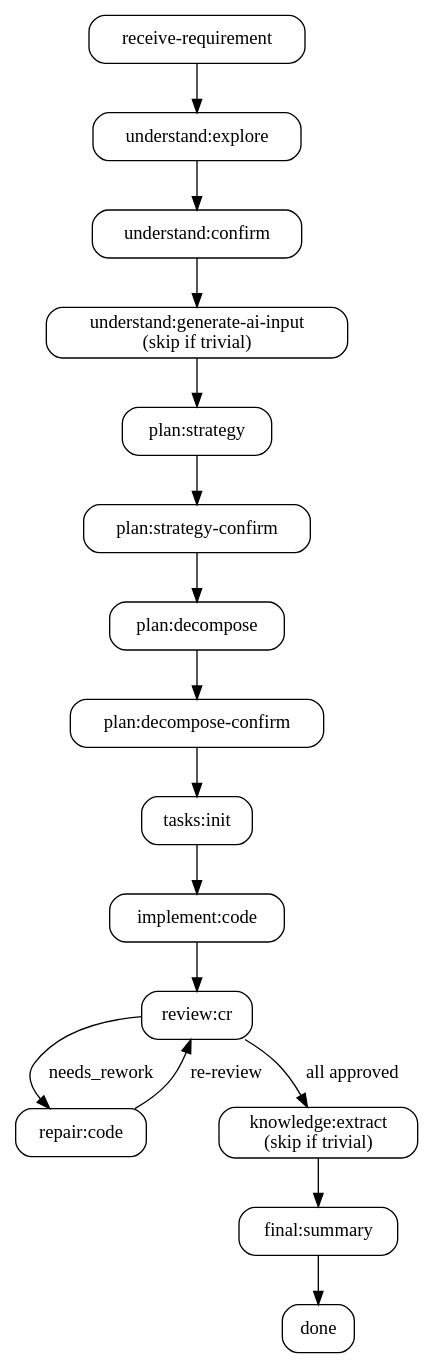
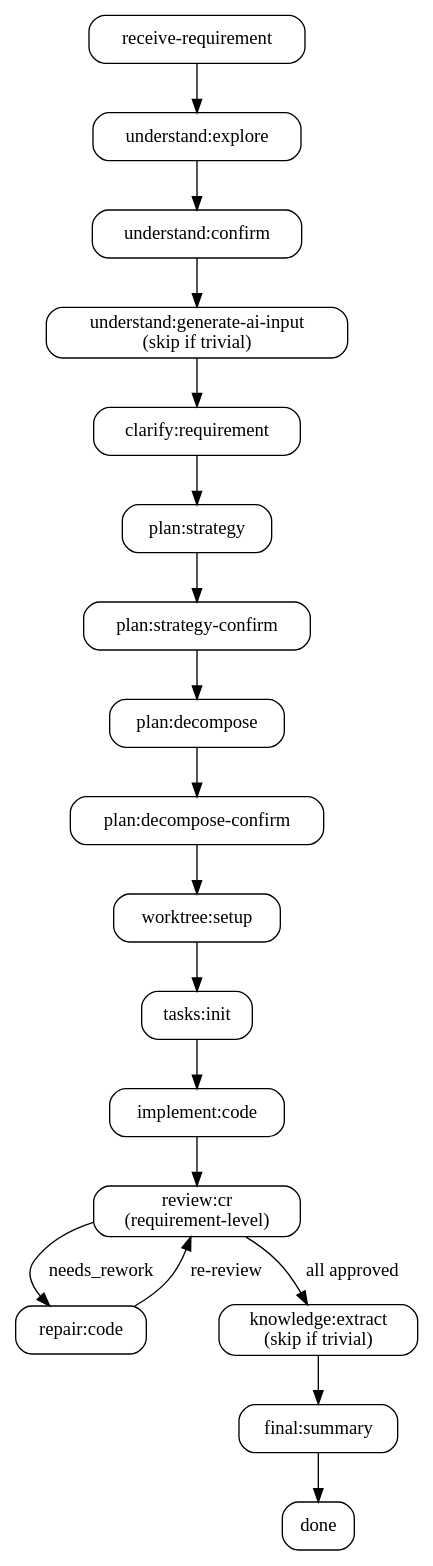
One commit to Jxin-Cai/chisel changed the diagram in skills/chisel/SKILL.md. Above: the diagram before and after it, drawn with Graphviz. The commit also changed other lines of this file and 37 other files, not shown here.

````diff
--- a/skills/chisel/SKILL.md
+++ b/skills/chisel/SKILL.md
@@ -55,28 +51,31 @@
 ```dot
 digraph chisel_flow {
   rankdir=TB; node [shape=box, style=rounded];
   receive [label="receive-requirement"];
   explore [label="understand:explore"];
   u_confirm [label="understand:confirm"];
   ai_input [label="understand:generate-ai-input\n(skip if trivial)"];
+  clarify [label="clarify:requirement"];
   strategy [label="plan:strategy"];
   s_confirm [label="plan:strategy-confirm"];
   decompose [label="plan:decompose"];
   d_confirm [label="plan:decompose-confirm"];
+  worktree [label="worktree:setup"];
   tasks [label="tasks:init"];
   implement [label="implement:code"];
-  review [label="review:cr"];
+  review [label="review:cr\n(requirement-level)"];
   repair [label="repair:code"];
   knowledge [label="knowledge:extract\n(skip if trivial)"];
   final [label="final:summary"];
   done [label="done"];
 
-  receive -> explore -> u_confirm -> ai_input -> strategy;
-  strategy -> s_confirm -> decompose -> d_confirm -> tasks;
+  receive -> explore -> u_confirm -> ai_input -> clarify;
+  clarify -> strategy -> s_confirm -> decompose -> d_confirm;
+  d_confirm -> worktree -> tasks;
   tasks -> implement -> review;
   review -> repair [label="needs_rework"];
   repair -> review [label="re-review"];
   review -> knowledge [label="all approved"];
   knowledge -> final -> done;
 }
 ```
````
